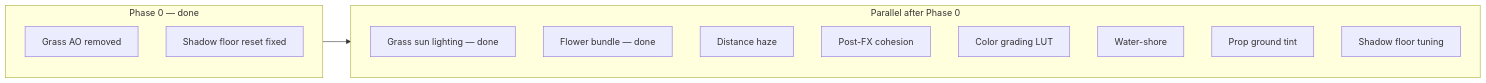
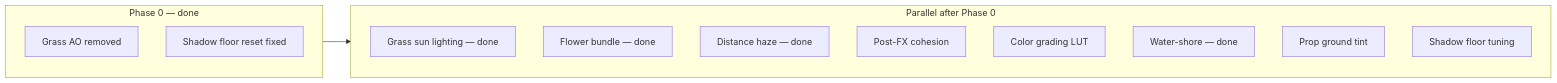
The diagram in .cursor/plans/visual_fidelity_pass_e1bf39e9.plan.md (MogensenJesse/pantheon), drawn with Mermaid before and after one commit. The commit also changed other lines of this file and 19 other files, not shown here.

First line of the commit message:
Add water tide and shore foam intersection

````diff
--- a/.cursor/plans/visual_fidelity_pass_e1bf39e9.plan.md
+++ b/.cursor/plans/visual_fidelity_pass_e1bf39e9.plan.md
@@ -50,18 +54,18 @@
 ```mermaid
 flowchart LR
   subgraph phase0 [Phase 0 — done]
     GrassAO[Grass AO removed]
     ShadowFix[Shadow floor reset fixed]
   end
   subgraph parallel [Parallel after Phase 0]
     GrassSun[Grass sun lighting — done]
     Flowers[Flower bundle — done]
-    Haze[Distance haze]
+    Haze[Distance haze — done]
     PostCohesion[Post-FX cohesion]
     LUT[Color grading LUT]
-    WaterShore[Water-shore]
+    WaterShore[Water-shore — done]
     PropGround[Prop ground tint]
     ShadowTune[Shadow floor tuning]
   end
   phase0 --> parallel
 ```
````
